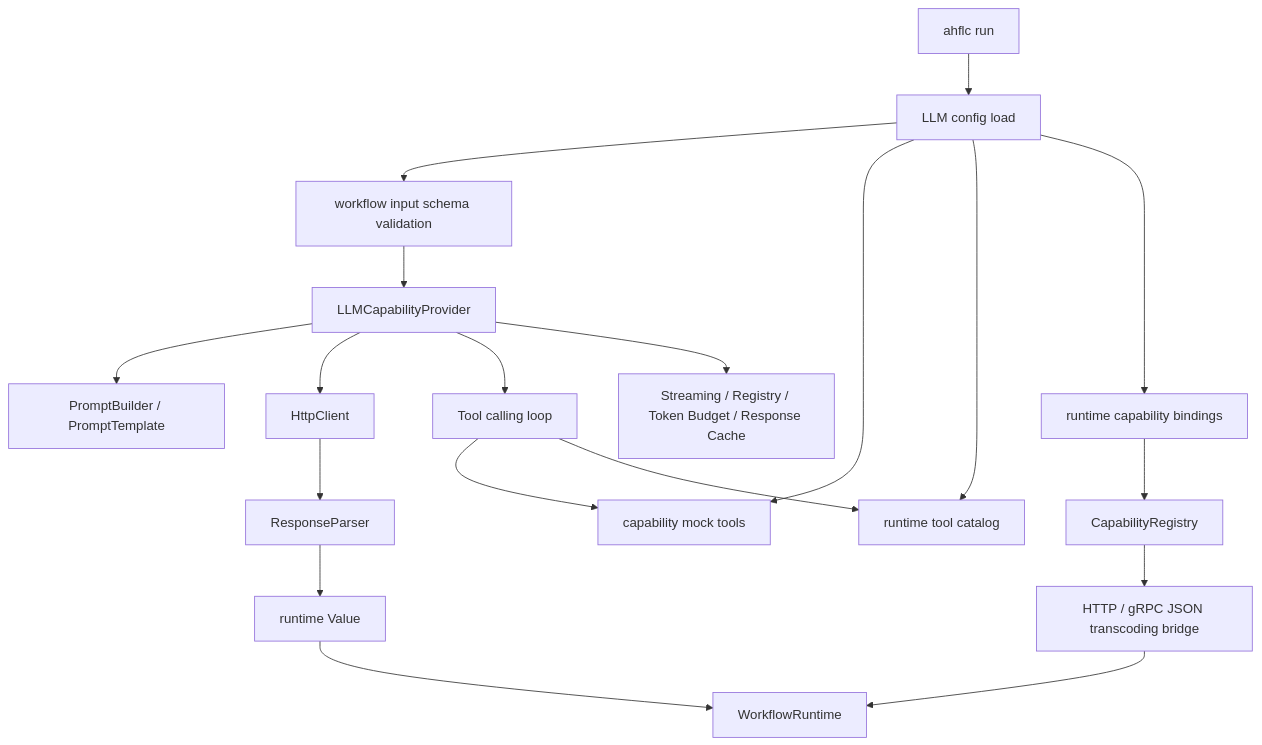
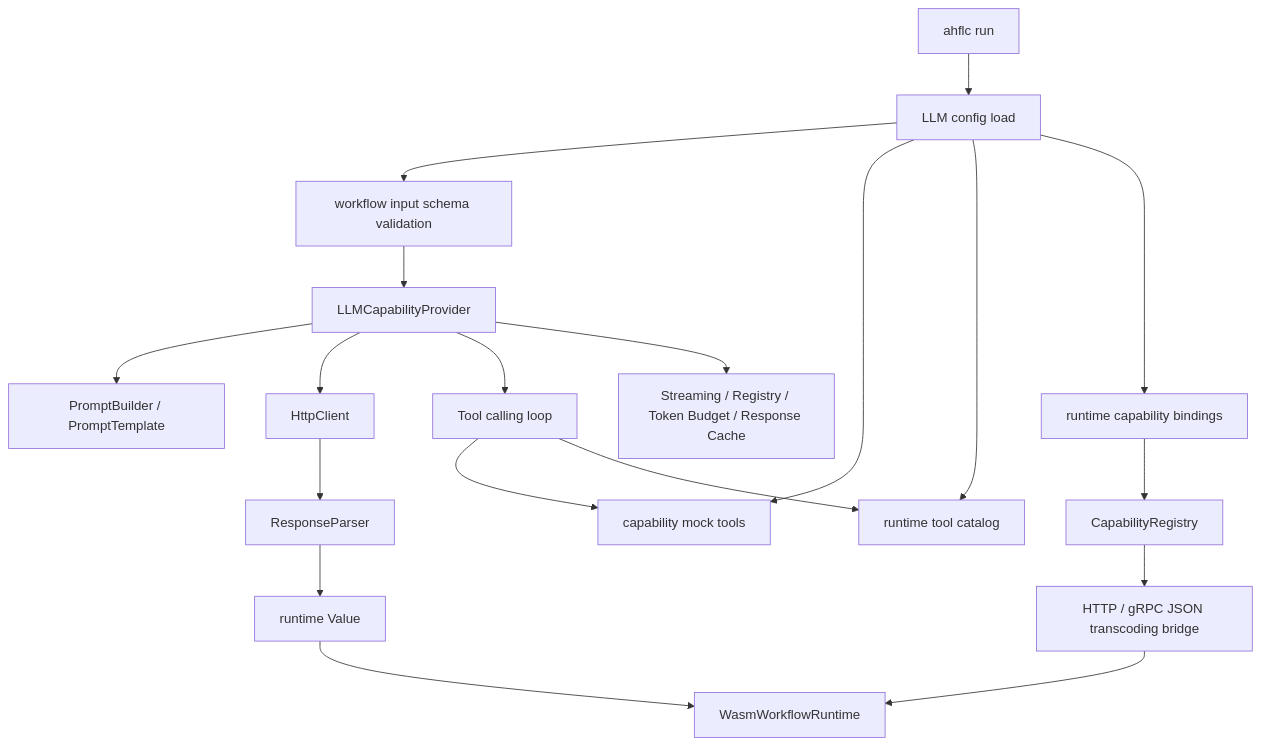
The second of 2 diagrams in docs/plans/project-status.zh.md (Zzzode/AHFL), drawn with Mermaid before and after one commit. The commit also changed other lines of this file and 248 other files, not shown here.

````diff
--- a/docs/plans/project-status.zh.md
+++ b/docs/plans/project-status.zh.md
@@ -120,21 +119,21 @@
 ```mermaid
 flowchart TD
     Run["ahflc run"] --> Config["LLM config load"]
     Config --> InputSchema["workflow input schema validation"]
     Config --> MockTools["capability mock tools"]
     Config --> ToolCatalog["runtime tool catalog"]
     Config --> CapabilityBindings["runtime capability bindings"]
     InputSchema --> Provider["LLMCapabilityProvider"]
     Provider --> Prompt["PromptBuilder / PromptTemplate"]
     Provider --> Client["HttpClient"]
     Provider --> Tools["Tool calling loop"]
     Tools --> MockTools
     Tools --> ToolCatalog
     CapabilityBindings --> RuntimeRegistry["CapabilityRegistry"]
     RuntimeRegistry --> CapabilityBridge["HTTP / gRPC JSON transcoding bridge"]
     Client --> Response["ResponseParser"]
     Provider --> OptionalModules["Streaming / Registry / Token Budget / Response Cache"]
     Response --> RuntimeValue["runtime Value"]
-    RuntimeValue --> WorkflowRuntime["WorkflowRuntime"]
+    RuntimeValue --> WorkflowRuntime["WasmWorkflowRuntime"]
     CapabilityBridge --> WorkflowRuntime
 ```
````
